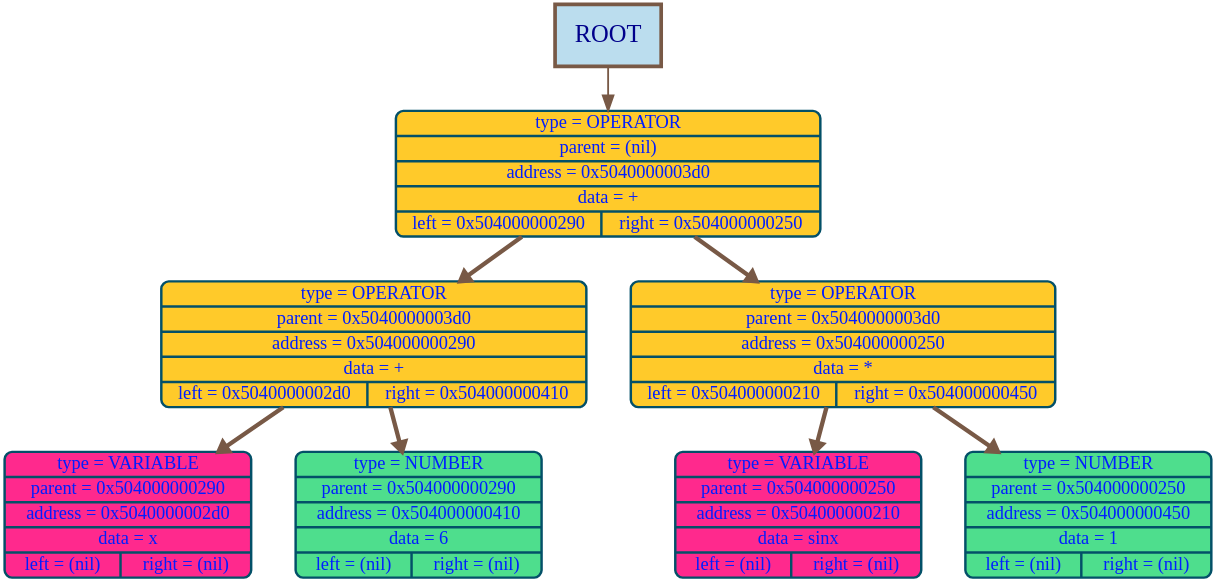
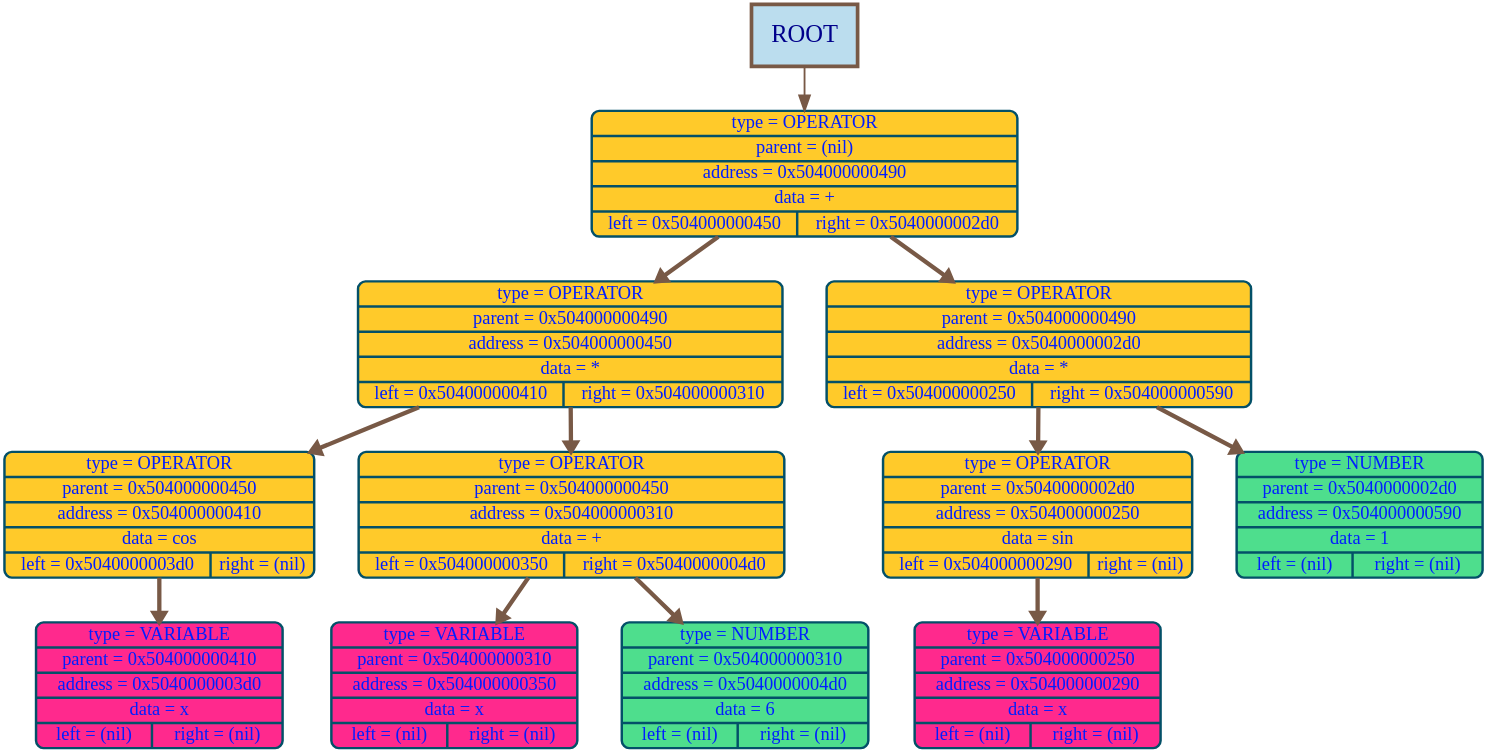
One commit to timoko3/diffirenciator changed the diagram in graphDumps/graphDump.dot. Above: the diagram before and after it, drawn with Graphviz. The commit also changed 21 other files, not shown here.

```diff
--- a/graphDumps/graphDump.dot
+++ b/graphDumps/graphDump.dot
@@ -1,22 +1,30 @@
 digraph G {
 bgcolor="transparent"
 nodesep = 1;
 ranksep = 1
 	node [shape=Mrecord, style="filled", fillcolor="#70c07cff", fontcolor="#001effff", color="#035068ff", penwidth=4, fontname="Menlo", fontsize=30];
 
-	node976 [label="{type = OPERATOR | parent = (nil) | address = 0x5040000003d0 | data = + | {left = 0x504000000290 | right = 0x504000000250}} ", fillcolor="#ffca2aff"];
-	node656 [label="{type = OPERATOR | parent = 0x5040000003d0 | address = 0x504000000290 | data = + | {left = 0x5040000002d0 | right = 0x504000000410}} ", fillcolor="#ffca2aff"];
-	node720 [label="{type = VARIABLE | parent = 0x504000000290 | address = 0x5040000002d0 | data = x | {left = (nil) | right = (nil)}} ", fillcolor="#ff298dff"];
-	node1040 [label="{type = NUMBER | parent = 0x504000000290 | address = 0x504000000410 | data = 6 | {left = (nil) | right = (nil)}} ", fillcolor="#4ede8dff"];
-	node592 [label="{type = OPERATOR | parent = 0x5040000003d0 | address = 0x504000000250 | data = * | {left = 0x504000000210 | right = 0x504000000450}} ", fillcolor="#ffca2aff"];
-	node528 [label="{type = VARIABLE | parent = 0x504000000250 | address = 0x504000000210 | data = sinx | {left = (nil) | right = (nil)}} ", fillcolor="#ff298dff"];
-	node1104 [label="{type = NUMBER | parent = 0x504000000250 | address = 0x504000000450 | data = 1 | {left = (nil) | right = (nil)}} ", fillcolor="#4ede8dff"];
-node976 ->node656 [color="#785946ff", arrowsize=1.5, penwidth=7, weight=1000];
-node656 ->node720 [color="#785946ff", arrowsize=1.5, penwidth=7, weight=1000];
-node656->node1040 [color="#785946ff", arrowsize=1.5, penwidth=7, weight=1000];
-node976->node592 [color="#785946ff", arrowsize=1.5, penwidth=7, weight=1000];
-node592 ->node528 [color="#785946ff", arrowsize=1.5, penwidth=7, weight=1000];
-node592->node1104 [color="#785946ff", arrowsize=1.5, penwidth=7, weight=1000];
+	node1168 [label="{type = OPERATOR | parent = (nil) | address = 0x504000000490 | data = + | {left = 0x504000000450 | right = 0x5040000002d0}} ", fillcolor="#ffca2aff"];
+	node1104 [label="{type = OPERATOR | parent = 0x504000000490 | address = 0x504000000450 | data = * | {left = 0x504000000410 | right = 0x504000000310}} ", fillcolor="#ffca2aff"];
+	node1040 [label="{type = OPERATOR | parent = 0x504000000450 | address = 0x504000000410 | data = cos | {left = 0x5040000003d0 | right = (nil)}} ", fillcolor="#ffca2aff"];
+	node976 [label="{type = VARIABLE | parent = 0x504000000410 | address = 0x5040000003d0 | data = x | {left = (nil) | right = (nil)}} ", fillcolor="#ff298dff"];
+	node784 [label="{type = OPERATOR | parent = 0x504000000450 | address = 0x504000000310 | data = + | {left = 0x504000000350 | right = 0x5040000004d0}} ", fillcolor="#ffca2aff"];
+	node848 [label="{type = VARIABLE | parent = 0x504000000310 | address = 0x504000000350 | data = x | {left = (nil) | right = (nil)}} ", fillcolor="#ff298dff"];
+	node1232 [label="{type = NUMBER | parent = 0x504000000310 | address = 0x5040000004d0 | data = 6 | {left = (nil) | right = (nil)}} ", fillcolor="#4ede8dff"];
+	node720 [label="{type = OPERATOR | parent = 0x504000000490 | address = 0x5040000002d0 | data = * | {left = 0x504000000250 | right = 0x504000000590}} ", fillcolor="#ffca2aff"];
+	node592 [label="{type = OPERATOR | parent = 0x5040000002d0 | address = 0x504000000250 | data = sin | {left = 0x504000000290 | right = (nil)}} ", fillcolor="#ffca2aff"];
+	node656 [label="{type = VARIABLE | parent = 0x504000000250 | address = 0x504000000290 | data = x | {left = (nil) | right = (nil)}} ", fillcolor="#ff298dff"];
+	node1424 [label="{type = NUMBER | parent = 0x5040000002d0 | address = 0x504000000590 | data = 1 | {left = (nil) | right = (nil)}} ", fillcolor="#4ede8dff"];
+node1168 ->node1104 [color="#785946ff", arrowsize=1.5, penwidth=7, weight=1000];
+node1104 ->node1040 [color="#785946ff", arrowsize=1.5, penwidth=7, weight=1000];
+node1040 ->node976 [color="#785946ff", arrowsize=1.5, penwidth=7, weight=1000];
+node1104->node784 [color="#785946ff", arrowsize=1.5, penwidth=7, weight=1000];
+node784 ->node848 [color="#785946ff", arrowsize=1.5, penwidth=7, weight=1000];
+node784->node1232 [color="#785946ff", arrowsize=1.5, penwidth=7, weight=1000];
+node1168->node720 [color="#785946ff", arrowsize=1.5, penwidth=7, weight=1000];
+node720 ->node592 [color="#785946ff", arrowsize=1.5, penwidth=7, weight=1000];
+node592 ->node656 [color="#785946ff", arrowsize=1.5, penwidth=7, weight=1000];
+node720->node1424 [color="#785946ff", arrowsize=1.5, penwidth=7, weight=1000];
 root_label [shape=box, width = 2.4, height = 1.4, label="ROOT", style="filled", fillcolor="#BBDDEE", color="#785946ff", penwidth = 6,  fontcolor="darkblue", fontsize = 40];
-root_label -> node976 [color="#785946ff"  , arrowsize=2.5, penwidth=3];
+root_label -> node1168 [color="#785946ff"  , arrowsize=2.5, penwidth=3];
 }
```
